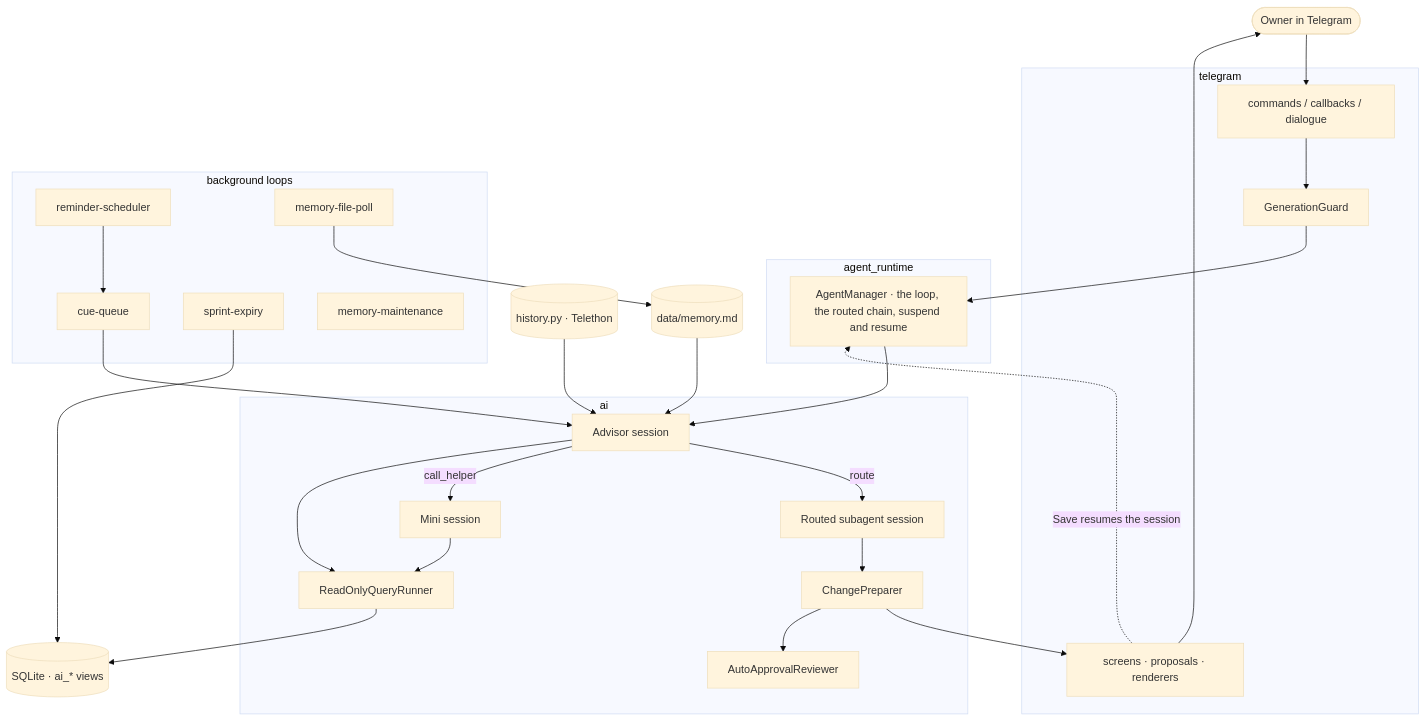
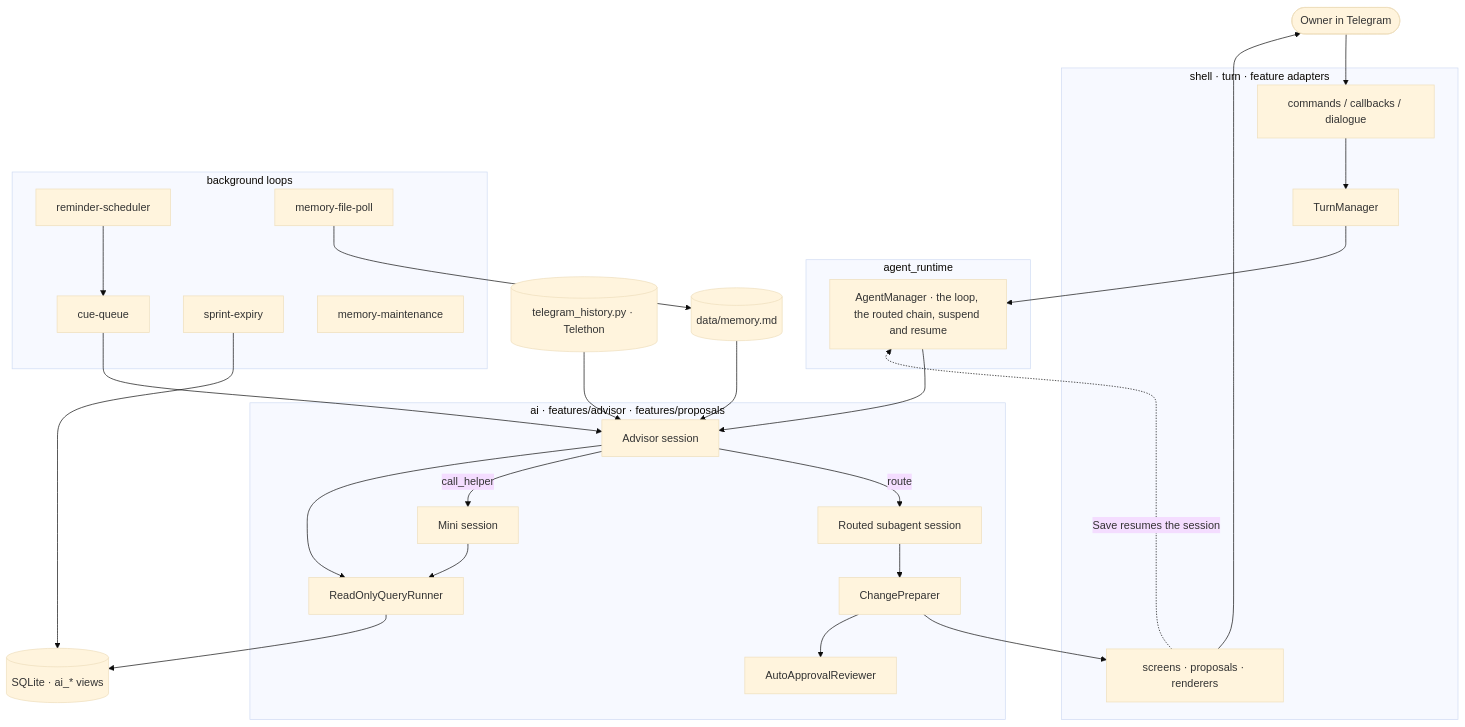
Before and after one commit to myvaheed/tg-ai-safwa: the first of 10 diagrams in docs/AGENT_ARCH.md, drawn with Mermaid (base theme). The commit also changed other lines of this file and 25 other files, not shown here.

````diff
--- a/docs/AGENT_ARCH.md
+++ b/docs/AGENT_ARCH.md
@@ -10,46 +10,46 @@
 ```mermaid
 flowchart TB
     OWNER([Owner in Telegram])
-    subgraph TG[telegram]
+    subgraph TG[shell · turn · feature adapters]
         HANDLERS[commands / callbacks / dialogue]
-        GUARD[GenerationGuard]
+        GUARD[TurnManager]
         SCREENS[screens · proposals · renderers]
     end
     subgraph RT[agent_runtime]
         MGR[AgentManager · the loop, the routed chain, suspend and resume]
     end
-    subgraph AI[ai]
+    subgraph AI[ai · features/advisor · features/proposals]
         ADV[Advisor session]
         SUB[Routed subagent session]
         MINI[Mini session]
         PREP[ChangePreparer]
         AUTO[AutoApprovalReviewer]
         SQL[ReadOnlyQueryRunner]
     end
     subgraph BG[background loops]
         CUE[cue-queue]
         REM[reminder-scheduler]
         SPR[sprint-expiry]
         MEMP[memory-file-poll]
         MEMM[memory-maintenance]
     end
-    HIST[(history.py · Telethon)]
+    HIST[(telegram_history.py · Telethon)]
     MEM[(data/memory.md)]
     DB[(SQLite · ai_* views)]
 
     OWNER --> HANDLERS --> GUARD --> MGR
     MGR --> ADV
     SCREENS -.->|Save resumes the session| MGR
     ADV -->|route| SUB
     ADV -->|call_helper| MINI
     SUB --> PREP --> SCREENS --> OWNER
     PREP --> AUTO
     ADV --> SQL --> DB
     MINI --> SQL
     HIST --> ADV
     MEM --> ADV
     CUE --> ADV
     REM --> CUE
     SPR --> DB
     MEMP --> MEM
 ```
````
